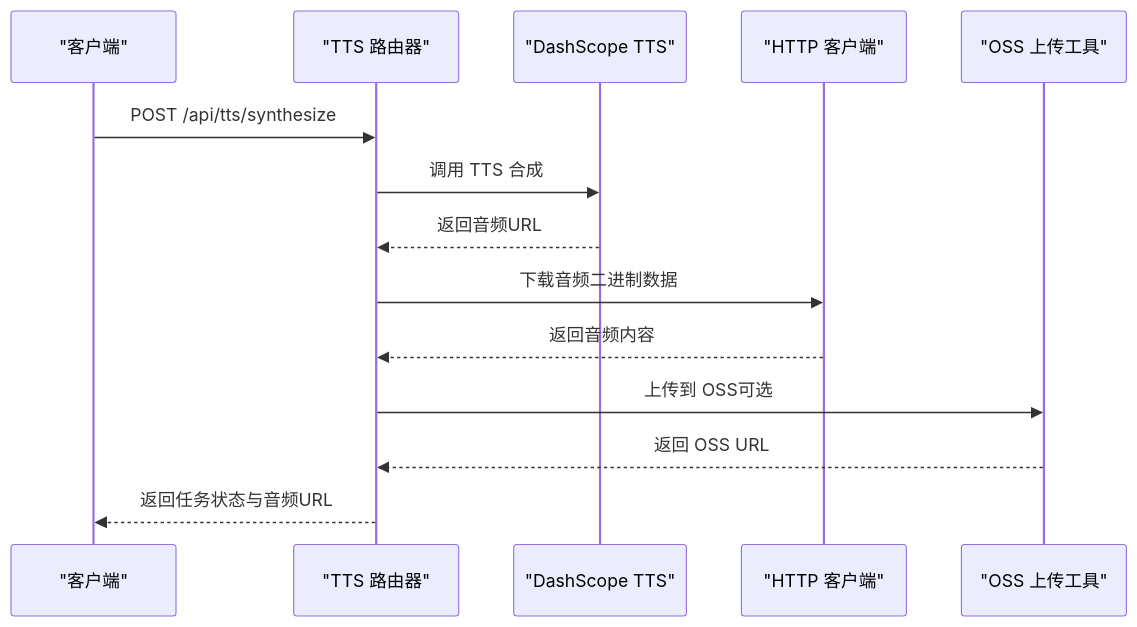
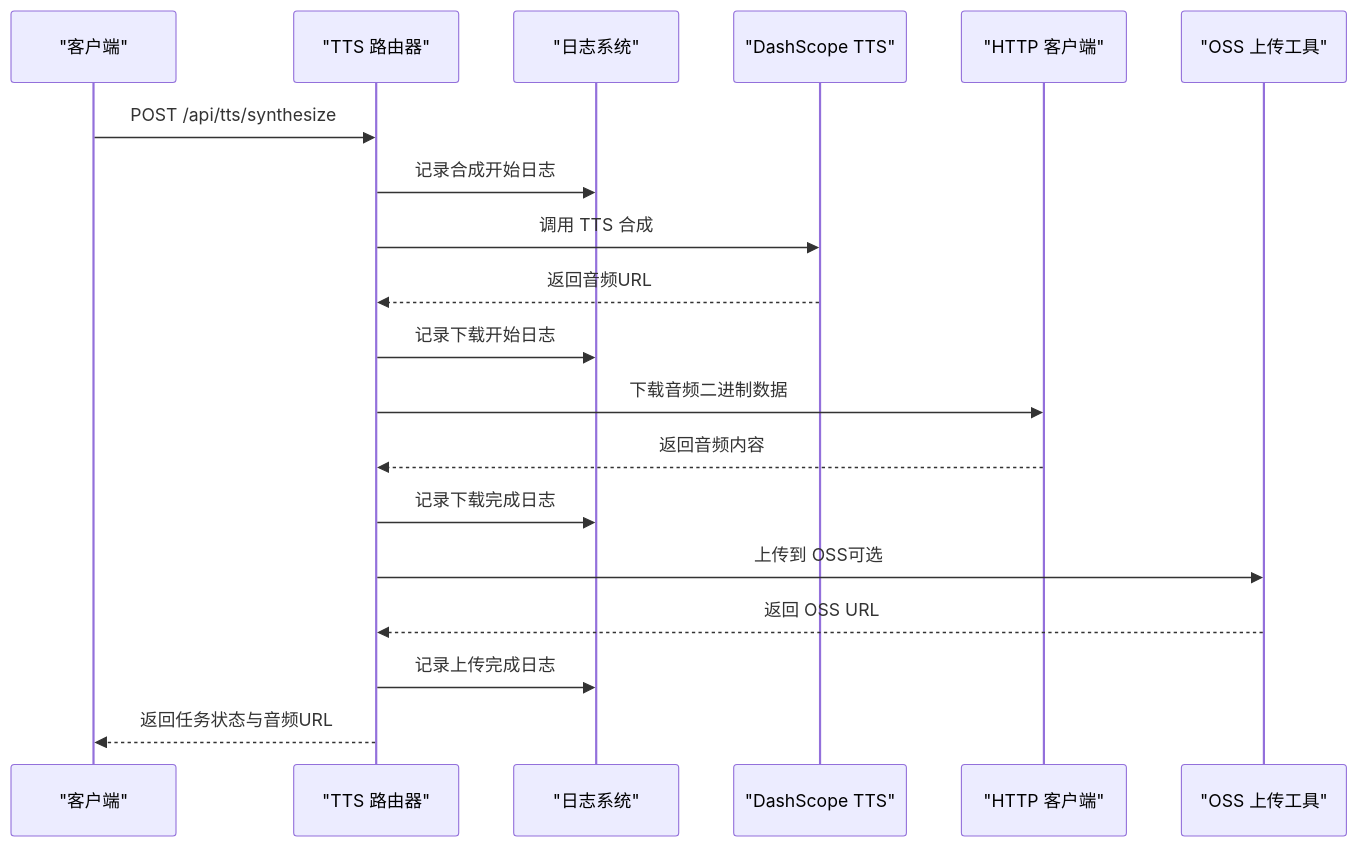
One commit to hbxfhrg/deer-flow changed the fourth of 6 diagrams in .qoder/repowiki/zh/content/架构设计/核心组件详解/网关 API/语音转文字路由器.md. Above: the diagram before and after it, drawn with Mermaid. The commit also changed other lines of this file and 18 other files, not shown here.

````diff
--- a/.qoder/repowiki/zh/content/架构设计/核心组件详解/网关 API/语音转文字路由器.md
+++ b/.qoder/repowiki/zh/content/架构设计/核心组件详解/网关 API/语音转文字路由器.md
@@ -167,16 +180,21 @@
 ```mermaid
 sequenceDiagram
 participant Client as "客户端"
 participant TTS as "TTS 路由器"
+participant Logger as "日志系统"
 participant DashScope as "DashScope TTS"
 participant HTTPX as "HTTP 客户端"
 participant OSS as "OSS 上传工具"
 Client->>TTS : POST /api/tts/synthesize
+TTS->>Logger : 记录合成开始日志
 TTS->>DashScope : 调用 TTS 合成
 DashScope-->>TTS : 返回音频URL
+TTS->>Logger : 记录下载开始日志
 TTS->>HTTPX : 下载音频二进制数据
 HTTPX-->>TTS : 返回音频内容
+TTS->>Logger : 记录下载完成日志
 TTS->>OSS : 上传到 OSS可选
 OSS-->>TTS : 返回 OSS URL
+TTS->>Logger : 记录上传完成日志
 TTS-->>Client : 返回任务状态与音频URL
 ```
````
